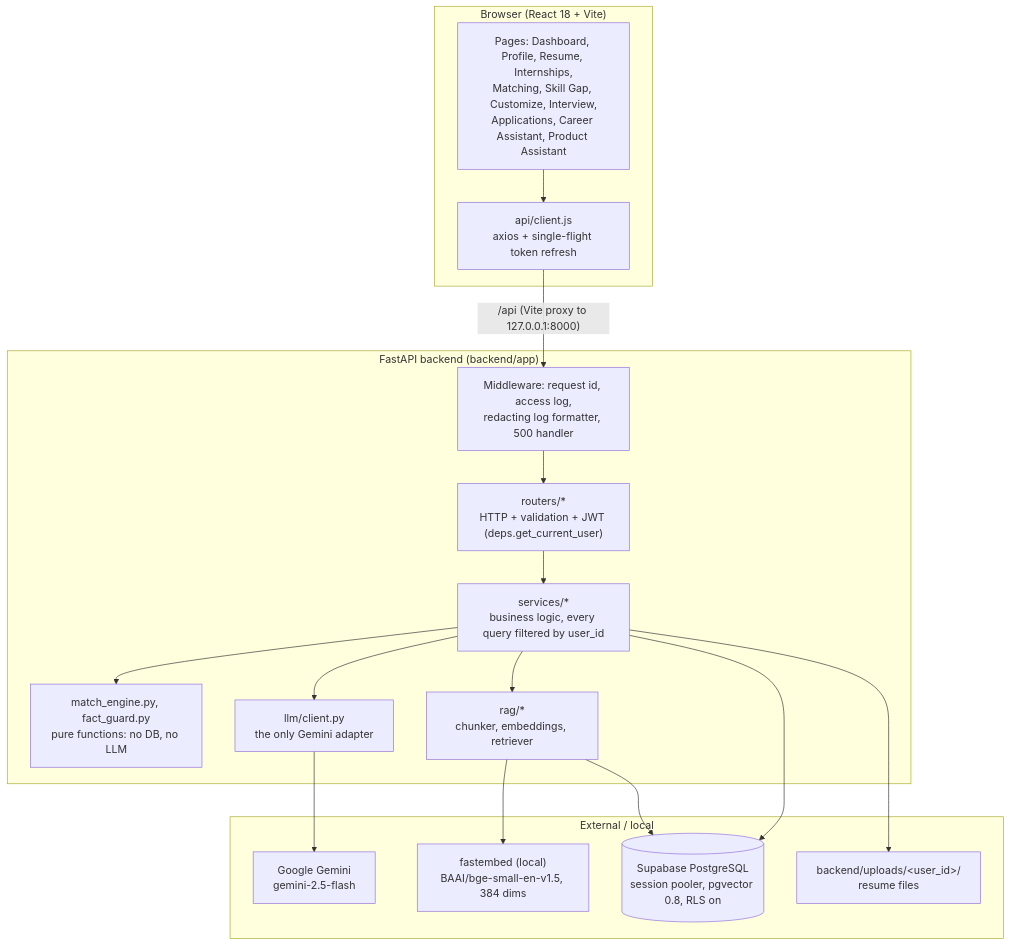
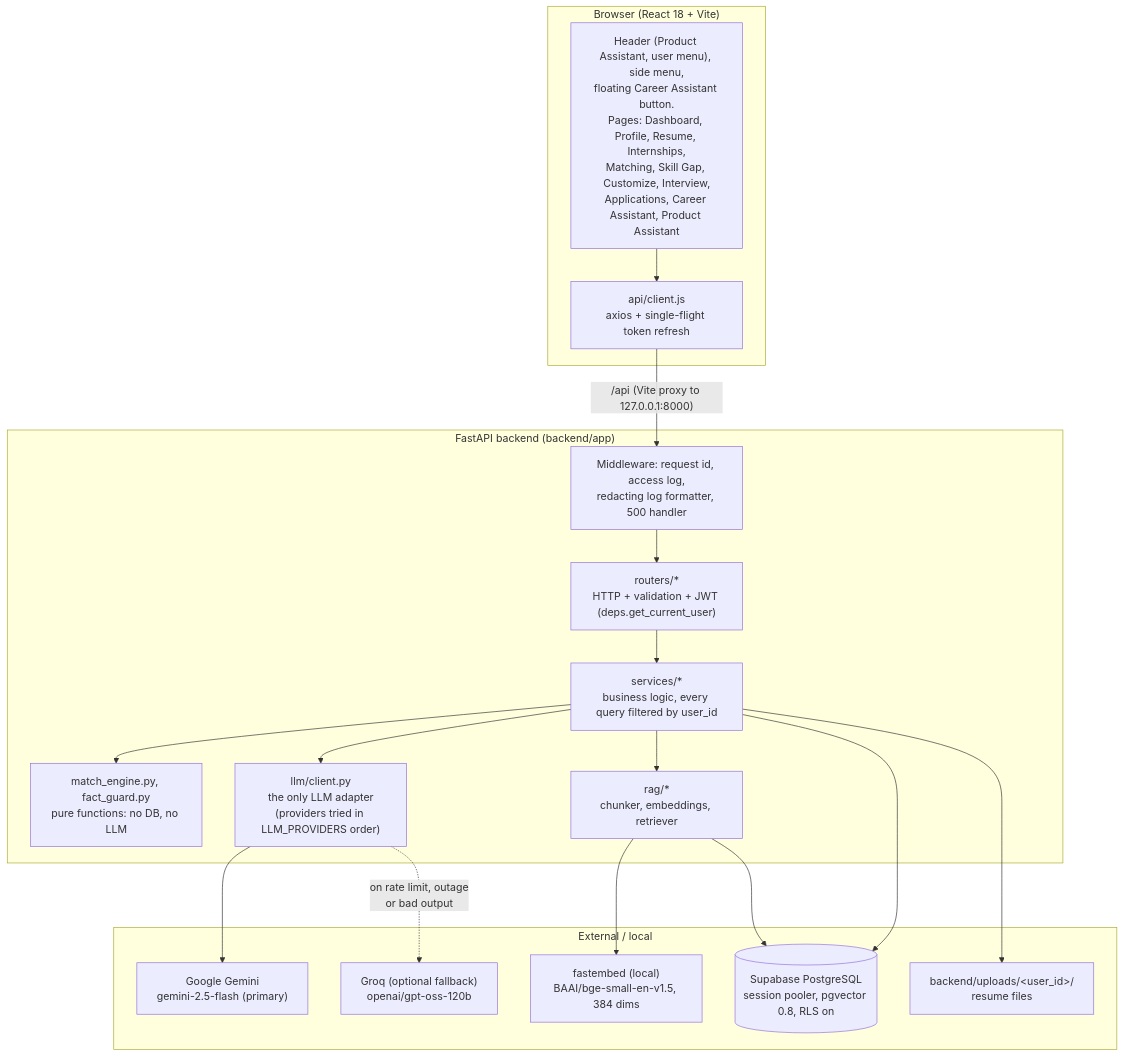
Before and after one commit to santoshbandarupalliai-rgb/AI-Career-Companion: the first of 7 diagrams in docs/04_DIAGRAMS.md, drawn with Mermaid. The commit also changed other lines of this file and 4 other files, not shown here.

First line of the commit message:
docs: update diagrams, demo script and PKD for Groq fallback and new navigation

````diff
--- a/docs/04_DIAGRAMS.md
+++ b/docs/04_DIAGRAMS.md
@@ -8,35 +8,37 @@
 ```mermaid
 flowchart TB
     subgraph Browser["Browser (React 18 + Vite)"]
-        UI["Pages: Dashboard, Profile, Resume, Internships,<br/>Matching, Skill Gap, Customize, Interview,<br/>Applications, Career Assistant, Product Assistant"]
+        UI["Header (Product Assistant, user menu), side menu,<br/>floating Career Assistant button.<br/>Pages: Dashboard, Profile, Resume, Internships,<br/>Matching, Skill Gap, Customize, Interview,<br/>Applications, Career Assistant, Product Assistant"]
         AX["api/client.js<br/>axios + single-flight token refresh"]
         UI --> AX
     end
 
     subgraph API["FastAPI backend (backend/app)"]
         MW["Middleware: request id, access log,<br/>redacting log formatter, 500 handler"]
         R["routers/*<br/>HTTP + validation + JWT (deps.get_current_user)"]
         S["services/*<br/>business logic, every query filtered by user_id"]
         PURE["match_engine.py, fact_guard.py<br/>pure functions: no DB, no LLM"]
-        LLMA["llm/client.py<br/>the only Gemini adapter"]
+        LLMA["llm/client.py<br/>the only LLM adapter<br/>(providers tried in LLM_PROVIDERS order)"]
         RAG["rag/*<br/>chunker, embeddings, retriever"]
         MW --> R --> S
         S --> PURE
         S --> LLMA
         S --> RAG
     end
 
     subgraph Ext["External / local"]
-        GEM["Google Gemini<br/>gemini-2.5-flash"]
+        GEM["Google Gemini<br/>gemini-2.5-flash (primary)"]
+        GRQ["Groq (optional fallback)<br/>openai/gpt-oss-120b"]
         EMB["fastembed (local)<br/>BAAI/bge-small-en-v1.5, 384 dims"]
         DB[("Supabase PostgreSQL<br/>session pooler, pgvector 0.8, RLS on")]
         FS["backend/uploads/&lt;user_id&gt;/<br/>resume files"]
     end
 
     AX -- "/api (Vite proxy to 127.0.0.1:8000)" --> MW
     LLMA --> GEM
+    LLMA -. "on rate limit, outage<br/>or bad output" .-> GRQ
     RAG --> EMB
     S --> DB
     RAG --> DB
     S --> FS
 ```
````
